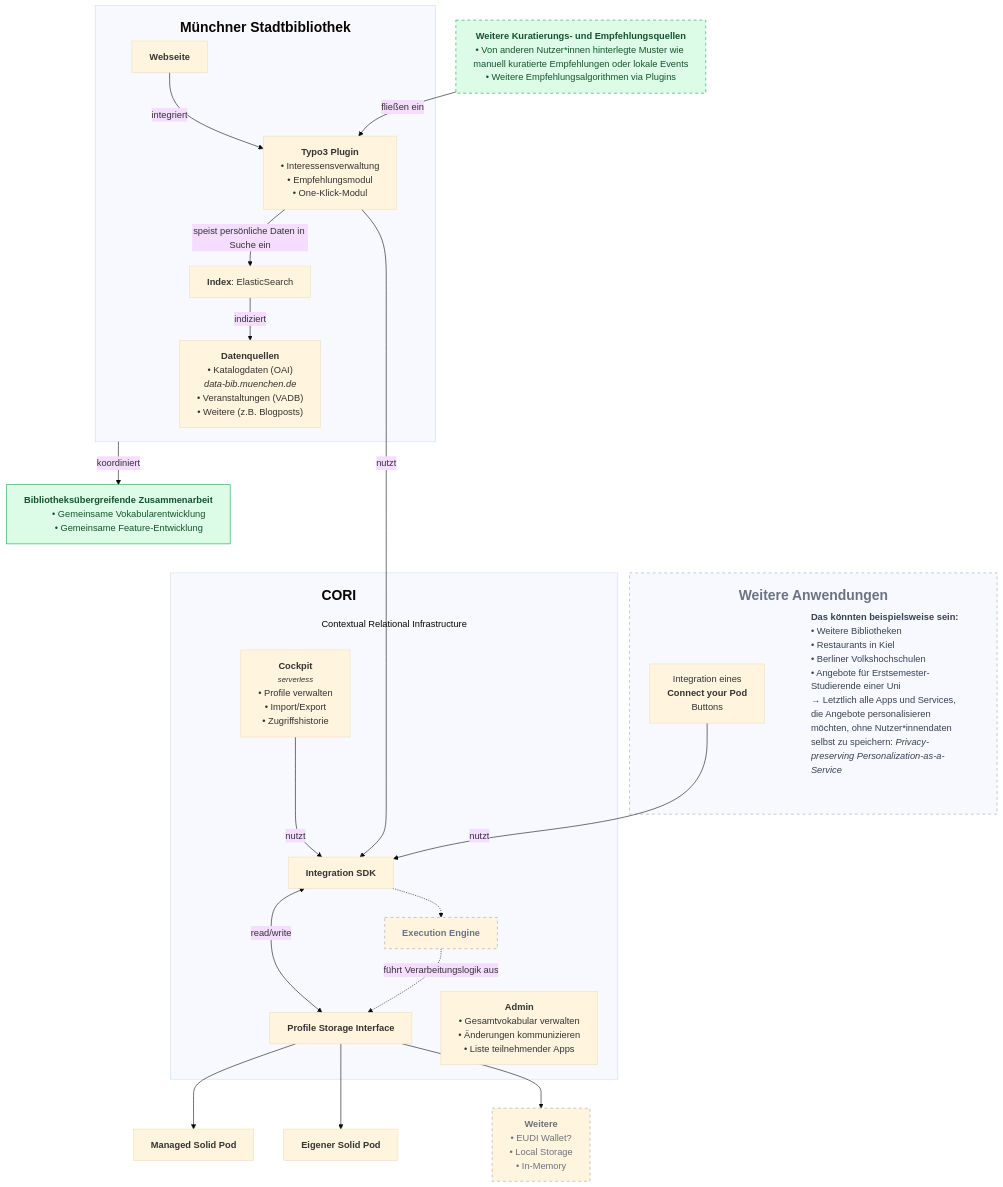
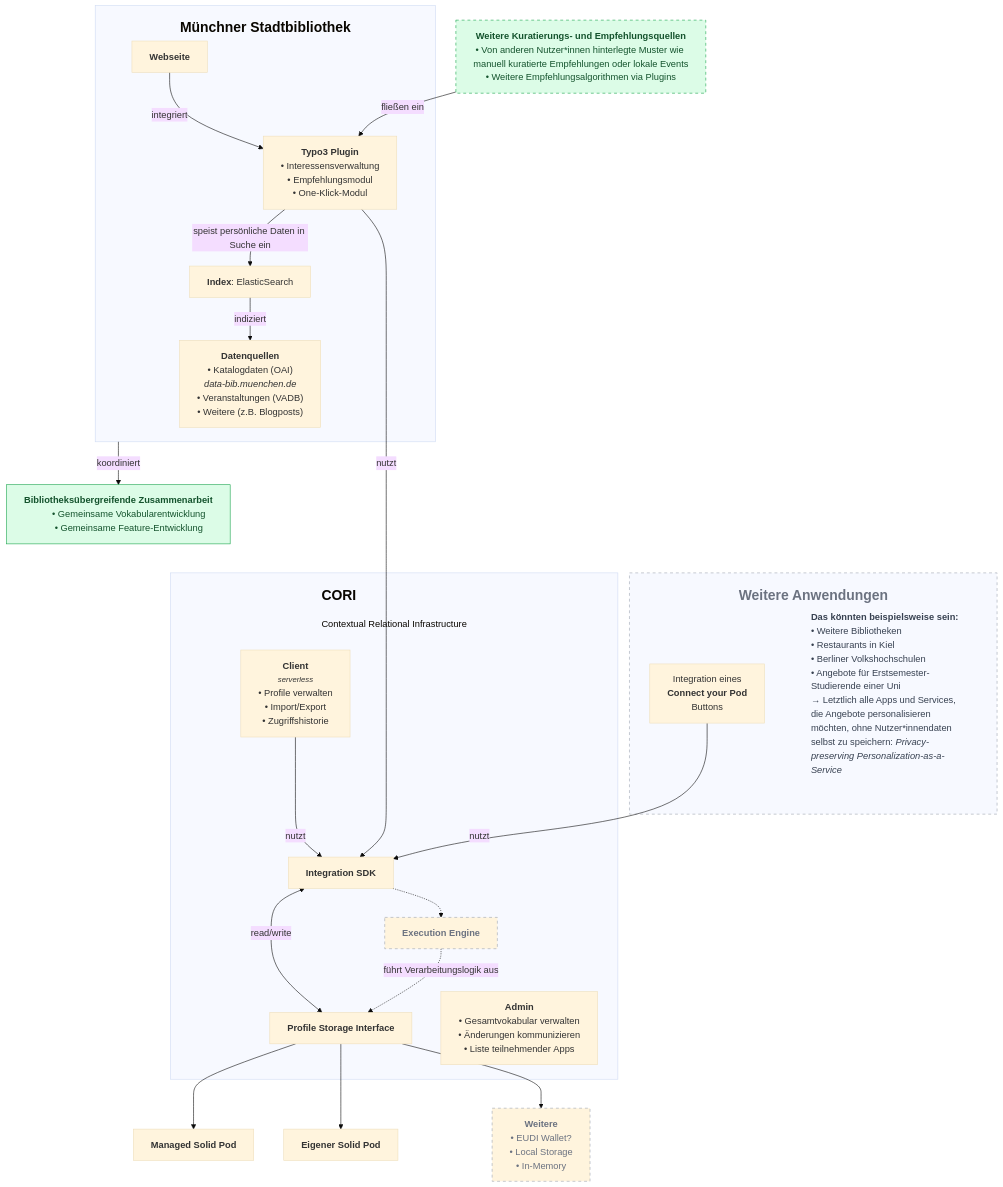
The diagram in README.md (it-at-m/bib-pods), drawn with Mermaid (base theme) before and after one commit. The commit also changed other lines of this file and 14 other files, not shown here.

```diff
--- a/README.md
+++ b/README.md
@@ -57,7 +57,7 @@
     end
 
     subgraph cori["<h2>CORI</h2>Contextual Relational Infrastructure"]
-        cockpit["<b>Cockpit</b>
+        client["<b>Client</b>
             <small><i>serverless</i></small>
             #bull; Profile verwalten
             #bull; Import/Export
@@ -67,7 +67,7 @@
         admin["<b>Admin</b><br>#bull;&nbsp;Gesamtvokabular&nbsp;verwalten<br>#bull;&nbsp;Änderungen&nbsp;kommunizieren<br>#bull;&nbsp;Liste&nbsp;teilnehmender&nbsp;Apps"]
         exec["<b>Execution Engine</b>"]:::planned
         integrate["<b>Integration SDK</b>"]
-        cockpit -->|nutzt| integrate
+        client -->|nutzt| integrate
         integrate <-->|read/write| psi
         integrate -.-> exec
         exec -.->|führt Verarbeitungslogik aus| psi
```
